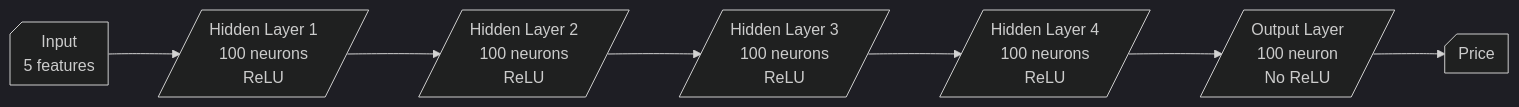
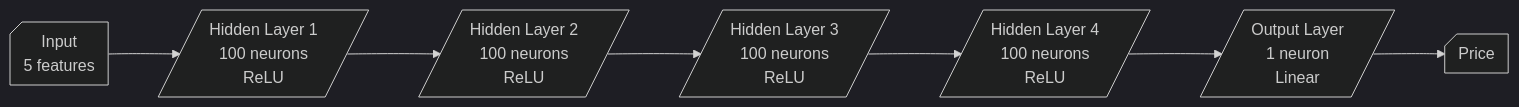
Before and after one commit to Matt-Olek/CUDA-Log-Variance-Gamma-model: the diagram in README.md, drawn with Mermaid (dark theme). The commit also changed other lines of this file and 13 other files, not shown here.

````diff
--- a/README.md
+++ b/README.md
@@ -162,18 +168,17 @@
 ```mermaid
 flowchart LR
     Input["Input<br>5 features"] --> H1["Hidden Layer 1<br>100 neurons<br>ReLU"]
     H1 --> H2["Hidden Layer 2<br>100 neurons<br>ReLU"]
     H2 --> H3["Hidden Layer 3<br>100 neurons<br>ReLU"]
     H3 --> H4["Hidden Layer 4<br>100 neurons<br>ReLU"]
-    H4 --> OutputL["Output Layer<br>100 neuron<br> No ReLU"]
-    OutputL --> n1["Price"]
+    H4 --> OutputL["Output Layer<br>1 neuron<br>Linear"]
+    OutputL --> Price["Price"]
 
     Input@{ shape: card}
     H1@{ shape: lean-r}
     H2@{ shape: lean-r}
     H3@{ shape: lean-r}
     H4@{ shape: lean-r}
     OutputL@{ shape: lean-r}
-    n1@{ shape: card}
-
+    Price@{ shape: card}
 ```
````
